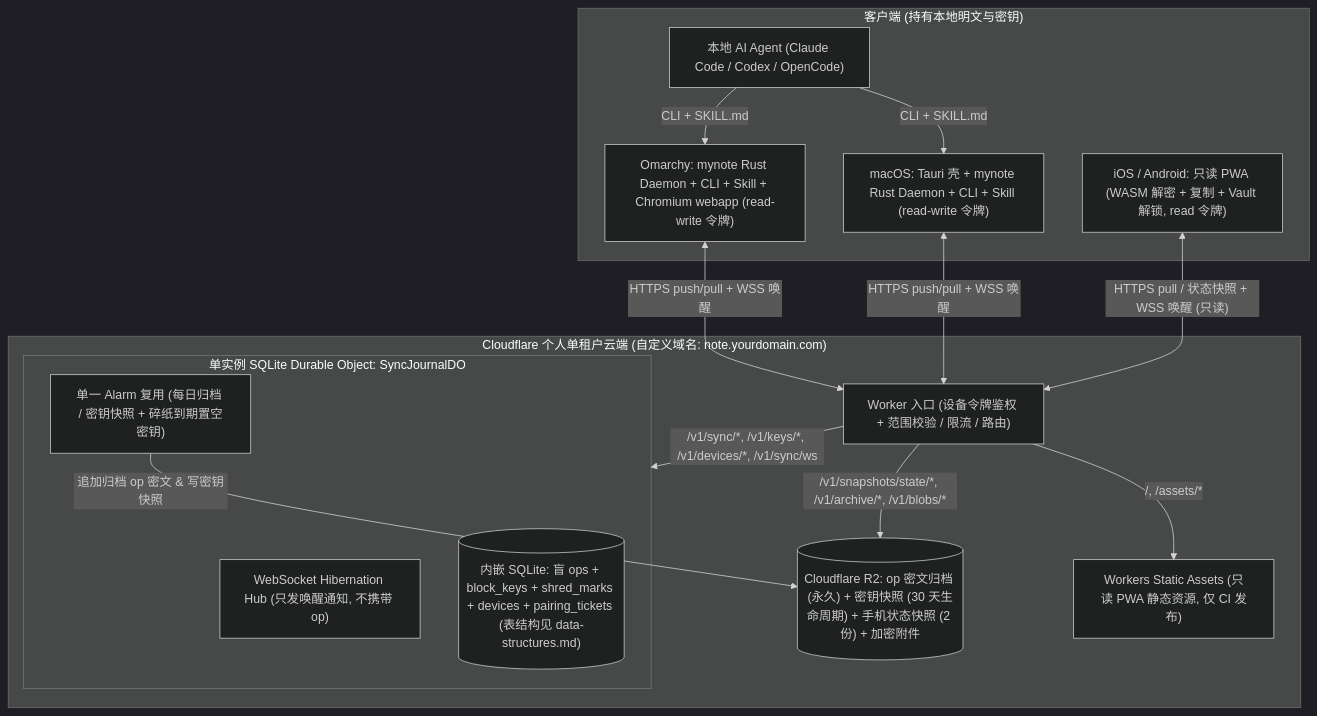
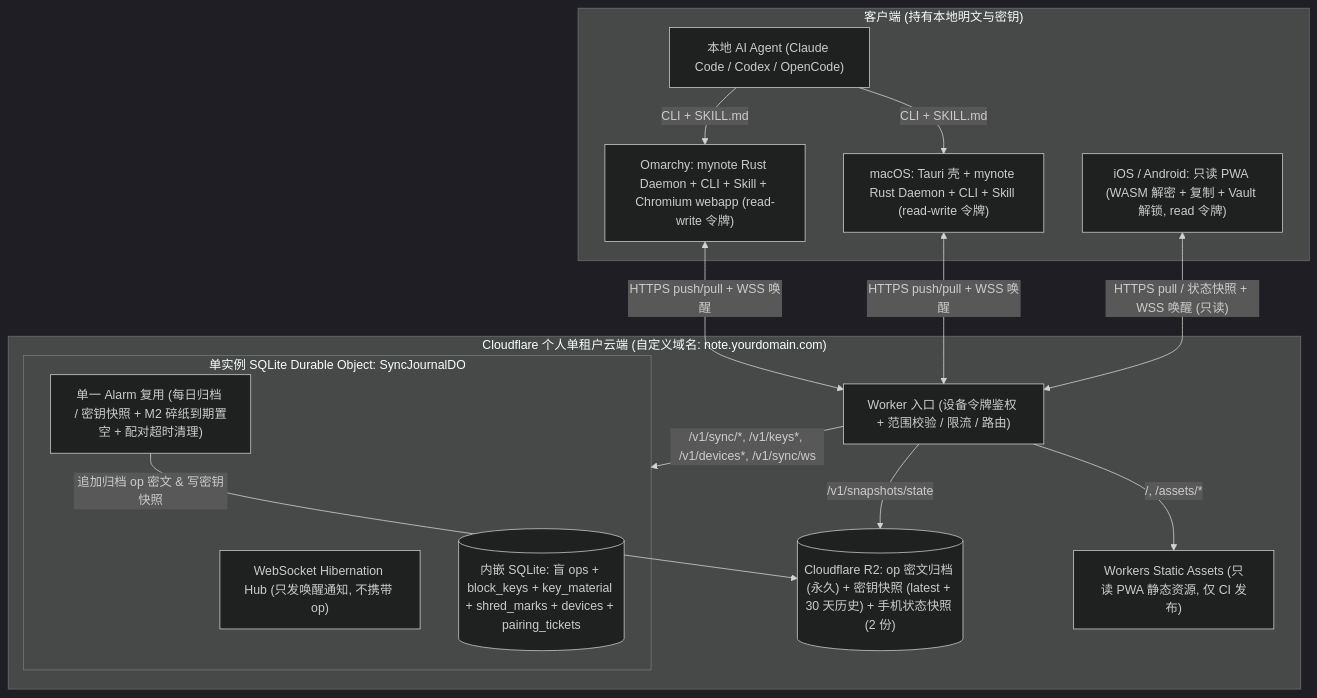
The diagram in docs/cloudflare-cloud-architecture.md (gray0128/my-note), drawn with Mermaid (dark theme) before and after one commit. The commit also changed other lines of this file and 8 other files, not shown here.

````diff
--- a/docs/cloudflare-cloud-architecture.md
+++ b/docs/cloudflare-cloud-architecture.md
@@ -66,33 +66,33 @@
 ```mermaid
 flowchart TD
     subgraph Clients["客户端 (持有本地明文与密钥)"]
         Mac["macOS: Tauri 壳 + mynote Rust Daemon + CLI + Skill (read-write 令牌)"]
         Linux["Omarchy: mynote Rust Daemon + CLI + Skill + Chromium webapp (read-write 令牌)"]
         Phone["iOS / Android: 只读 PWA (WASM 解密 + 复制 + Vault 解锁, read 令牌)"]
         Agent["本地 AI Agent (Claude Code / Codex / OpenCode)"]
         Agent -->|"CLI + SKILL.md"| Mac
         Agent -->|"CLI + SKILL.md"| Linux
     end
 
     subgraph CF["Cloudflare 个人单租户云端 (自定义域名: note.yourdomain.com)"]
         Edge["Worker 入口 (设备令牌鉴权 + 范围校验 / 限流 / 路由)"]
         Assets["Workers Static Assets (只读 PWA 静态资源, 仅 CI 发布)"]
 
         subgraph DO_Box["单实例 SQLite Durable Object: SyncJournalDO"]
             WS["WebSocket Hibernation Hub (只发唤醒通知, 不携带 op)"]
-            SQL[("内嵌 SQLite: 盲 ops + block_keys + shred_marks + devices + pairing_tickets (表结构见 data-structures.md)")]
-            Alarm["单一 Alarm 复用 (每日归档 / 密钥快照 + 碎纸到期置空密钥)"]
+            SQL[("内嵌 SQLite: 盲 ops + block_keys + key_material + shred_marks + devices + pairing_tickets")]
+            Alarm["单一 Alarm 复用 (每日归档 / 密钥快照 + M2 碎纸到期置空 + 配对超时清理)"]
         end
 
-        R2[("Cloudflare R2: op 密文归档 (永久) + 密钥快照 (30 天生命周期) + 手机状态快照 (2 份) + 加密附件")]
+        R2[("Cloudflare R2: op 密文归档 (永久) + 密钥快照 (latest + 30 天历史) + 手机状态快照 (2 份)")]
 
         Edge -->|"/, /assets/*"| Assets
-        Edge -->|"/v1/sync/*, /v1/keys/*, /v1/devices/*, /v1/sync/ws"| DO_Box
-        Edge -->|"/v1/snapshots/state/*, /v1/archive/*, /v1/blobs/*"| R2
+        Edge -->|"/v1/sync/*, /v1/keys*, /v1/devices*, /v1/sync/ws"| DO_Box
+        Edge -->|"/v1/snapshots/state"| R2
         Alarm -->|"追加归档 op 密文 & 写密钥快照"| R2
     end
 
     Mac <-->|"HTTPS push/pull + WSS 唤醒"| Edge
     Linux <-->|"HTTPS push/pull + WSS 唤醒"| Edge
     Phone <-->|"HTTPS pull / 状态快照 + WSS 唤醒 (只读)"| Edge
 ```
````
